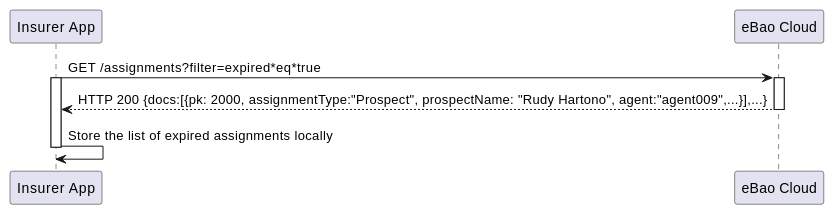
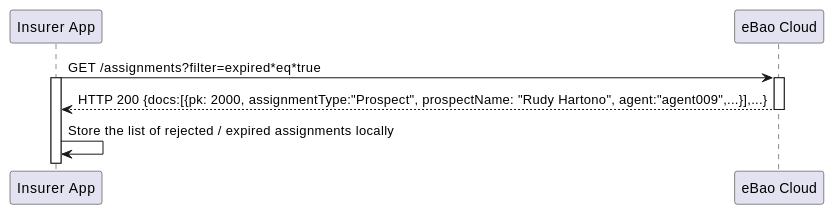
The ninth of 9 diagrams in markdown/prospects.md (yitchoong/cloudapi), drawn with PlantUML before and after one commit. The commit also changed other lines of this file and 3 other files, not shown here.

````diff
--- a/markdown/prospects.md
+++ b/markdown/prospects.md
@@ -285,14 +322,14 @@
 ```puml
 
 participant "Insurer App" as ins
 participant "eBao Cloud" as ebao
 
 ins -> ebao : GET /assignments?filter=expired*eq*true
 activate ins
 activate ebao
 ebao --> ins :  HTTP 200 {docs:[{pk: 2000, assignmentType:"Prospect", prospectName: "Rudy Hartono", agent:"agent009",...}],...}
 deactivate ebao
-ins -> ins : Store the list of expired assignments locally
-deactivate ins
+ins -> ins : Store the list of rejected / expired assignments locally
+' deactivate ins
 
 ```
````
